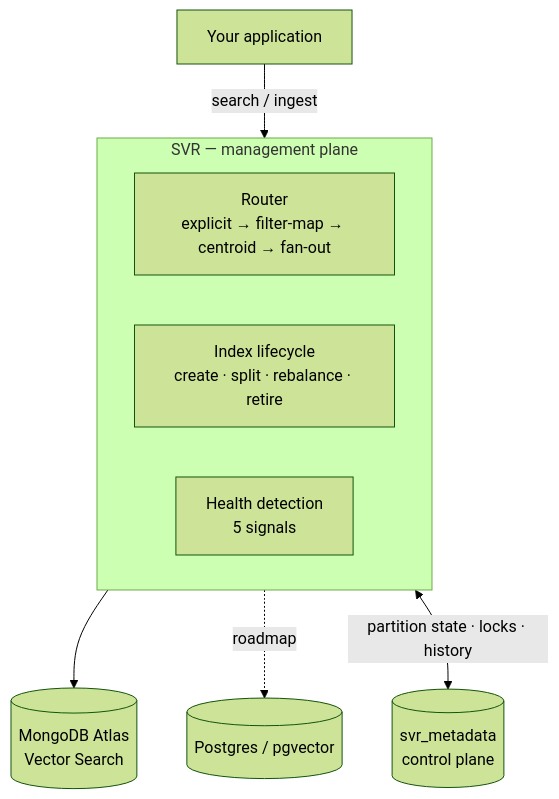
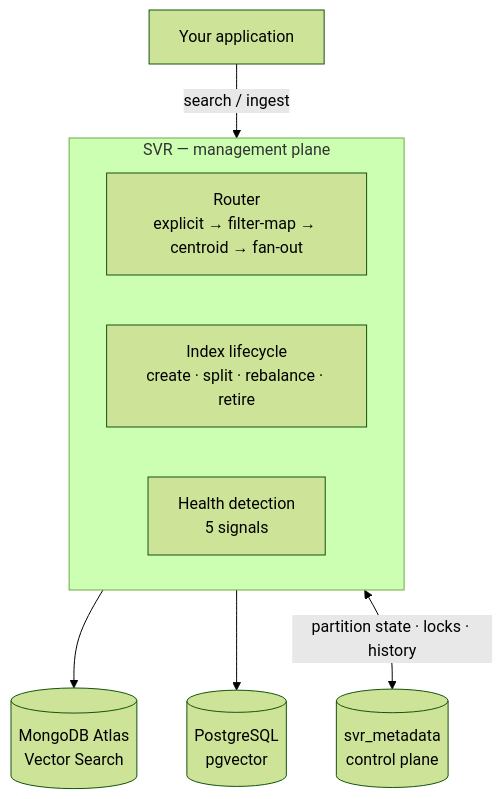
One commit to pcleene/semantic-vector-router changed the second of 2 diagrams in README.md. Above: the diagram before and after it, drawn with Mermaid (forest theme). The commit also changed other lines of this file, not shown here.

````diff
--- a/README.md
+++ b/README.md
@@ -40,14 +40,14 @@
 ```mermaid
 flowchart TB
     App["Your application"] -->|"search / ingest"| SVR
 
     subgraph SVR["SVR — management plane"]
         Router["Router<br/>explicit → filter-map → centroid → fan-out"]
         Life["Index lifecycle<br/>create · split · rebalance · retire"]
         Health["Health detection<br/>5 signals"]
     end
 
     SVR --> Atlas[("MongoDB Atlas<br/>Vector Search")]
-    SVR -. roadmap .-> PG[("Postgres / pgvector")]
+    SVR --> PG[("PostgreSQL<br/>pgvector")]
     SVR <-->|"partition state · locks · history"| Meta[("svr_metadata<br/>control plane")]
 ```
````
